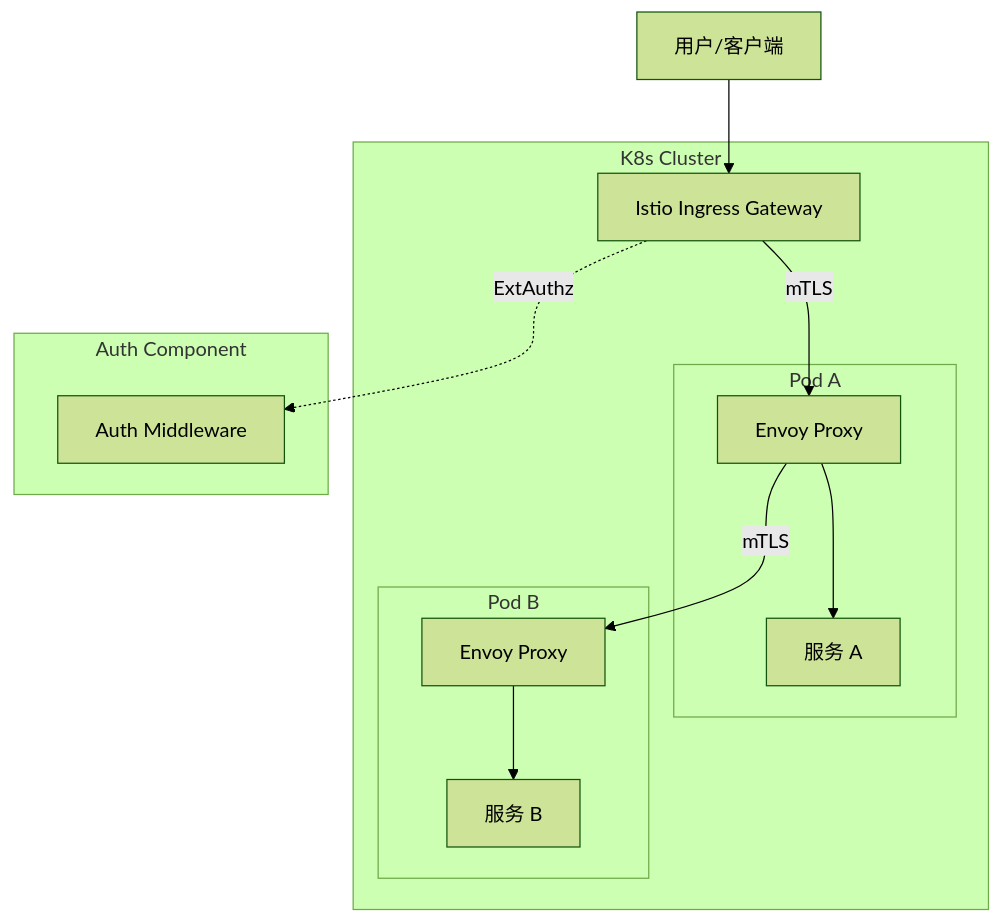
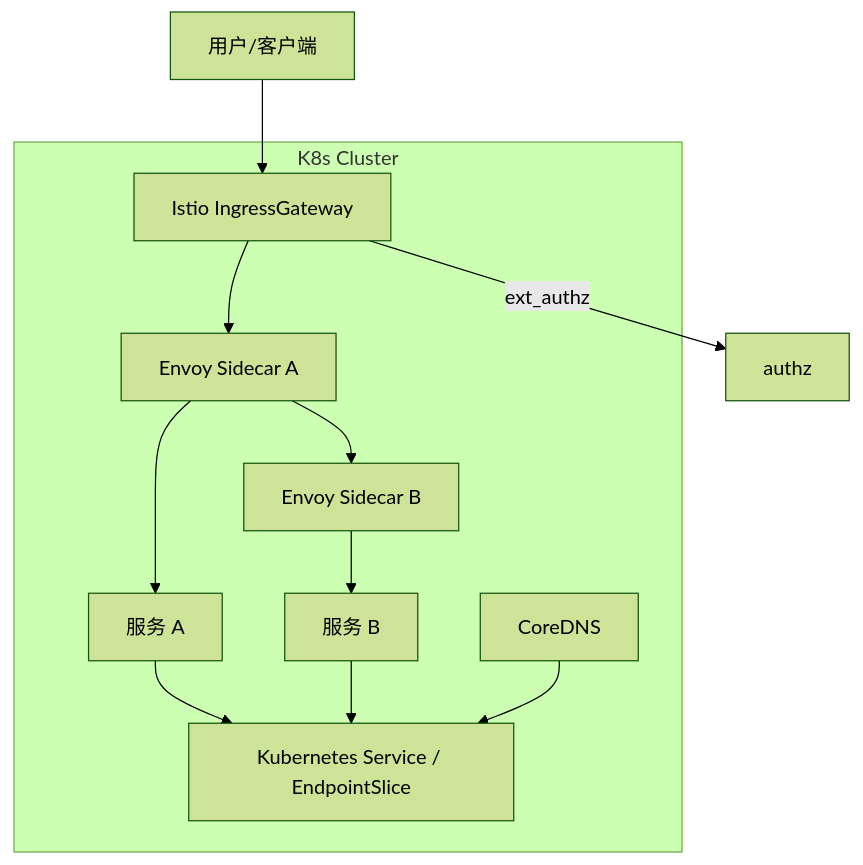
One commit to fireflycore/docs changed the second of 2 diagrams in packages/zh/docs/intro/framework.md. Above: the diagram before and after it, drawn with Mermaid (forest theme). The commit also changed other lines of this file and 16 other files, not shown here.

````diff
--- a/packages/zh/docs/intro/framework.md
+++ b/packages/zh/docs/intro/framework.md
@@ -53,24 +55,18 @@
 ```mermaid
 graph TD
-    User[用户/客户端] --> IstioIngress[Istio Ingress Gateway]
-    
+    User[用户/客户端] --> IstioIngress[Istio IngressGateway]
+    IstioIngress -->|ext_authz| Authz[authz]
+
     subgraph "K8s Cluster"
-        IstioIngress -->|mTLS| SidecarA
-        
-        subgraph Pod A
-            SidecarA[Envoy Proxy] --> ServiceA[服务 A]
-        end
-        
-        subgraph Pod B
-            SidecarB[Envoy Proxy] --> ServiceB[服务 B]
-        end
-        
-        SidecarA -->|mTLS| SidecarB
+        IstioIngress --> SidecarA[Envoy Sidecar A]
+        SidecarA --> ServiceA[服务 A]
+        SidecarA --> SidecarB[Envoy Sidecar B]
+        SidecarB --> ServiceB[服务 B]
+        K8sService[Kubernetes Service / EndpointSlice]
+        CoreDNS[CoreDNS]
     end
-    
-    subgraph "Auth Component"
-        AuthAdapter[Auth Middleware]
-    end
-    
-    IstioIngress -.->|ExtAuthz| AuthAdapter
+
+    ServiceA --> K8sService
+    ServiceB --> K8sService
+    CoreDNS --> K8sService
 ```
````
